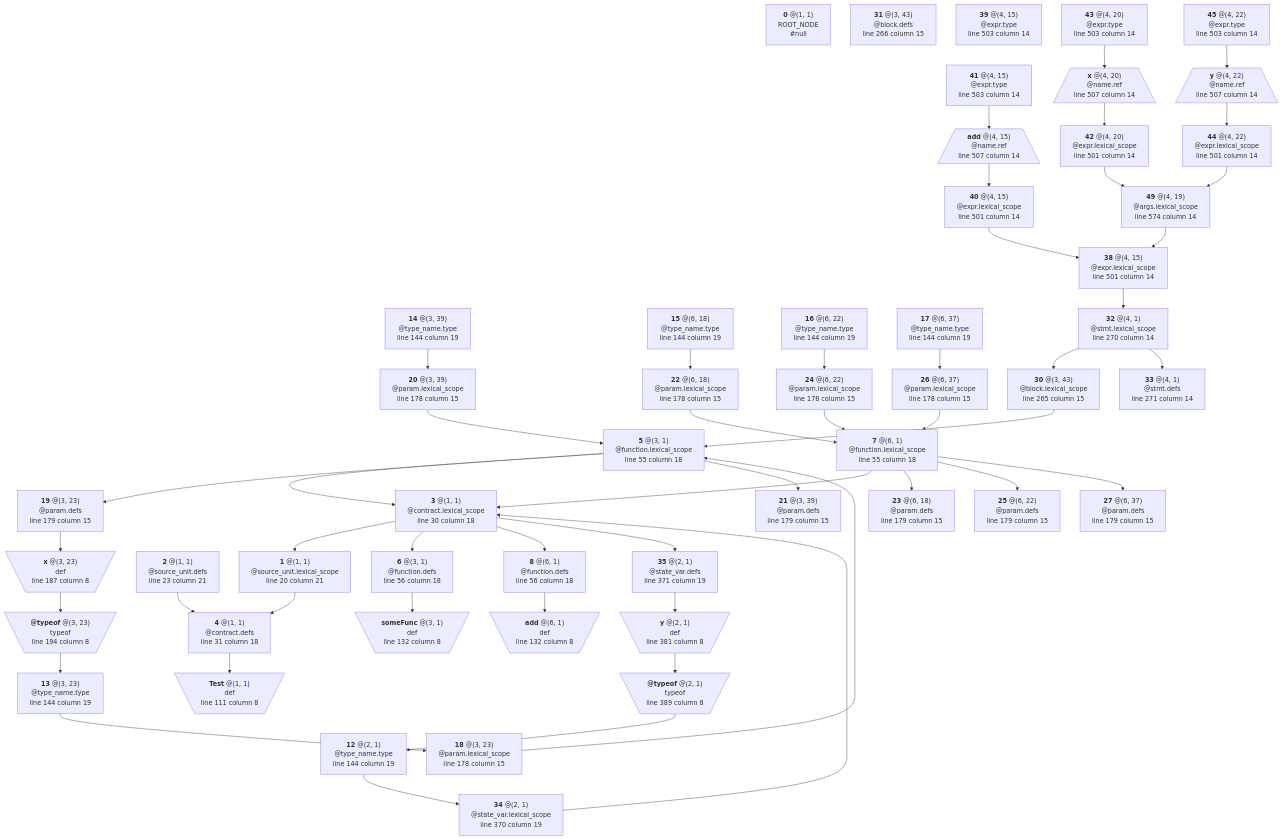
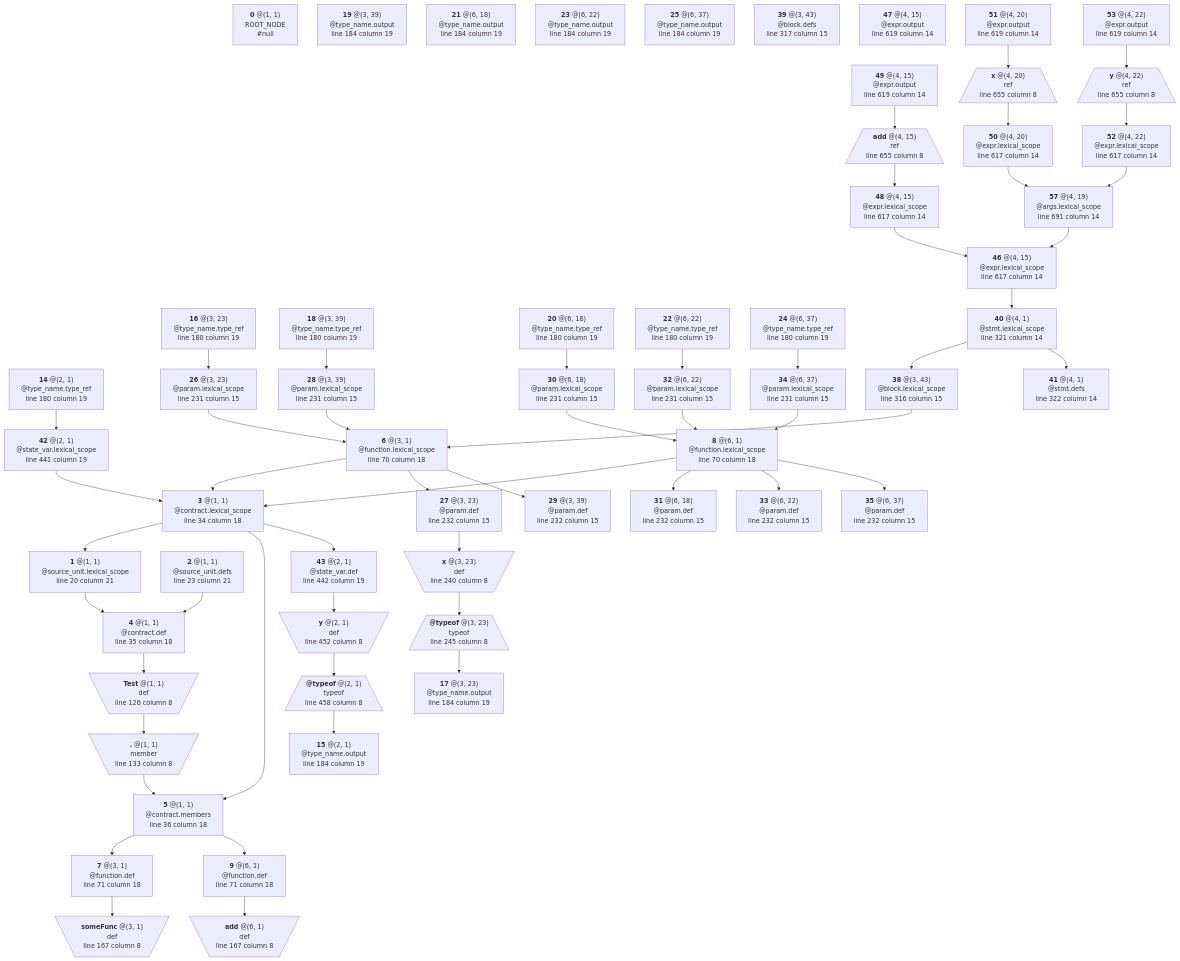
The diagram in crates/solidity/testing/snapshots/bindings_output/expressions/funcalls/generated/0.5.0.mmd (manastech/slang), drawn with Mermaid before and after one commit. The commit also changed 39 other files, not shown here.

First line of the commit message:
Bindings for structs and refactor contract/libs/ifaces members rules

```diff
--- a/crates/solidity/testing/snapshots/bindings_output/expressions/funcalls/generated/0.5.0.mmd
+++ b/crates/solidity/testing/snapshots/bindings_output/expressions/funcalls/generated/0.5.0.mmd
@@ -14,188 +14,215 @@
 	N2 --> N4
 	N3["`**3** @(1, 1)
 @contract.lexical_scope
-line 30 column 18`"]
+line 34 column 18`"]
 	N3 --> N1
-	N3 --> N6
-	N3 --> N8
-	N3 --> N35
+	N3 --> N5
+	N3 --> N43
 	N4["`**4** @(1, 1)
-@contract.defs
-line 31 column 18`"]
-	N4 --> N9
-	N5["`**5** @(3, 1)
+@contract.def
+line 35 column 18`"]
+	N4 --> N10
+	N5["`**5** @(1, 1)
+@contract.members
+line 36 column 18`"]
+	N5 --> N7
+	N5 --> N9
+	N6["`**6** @(3, 1)
 @function.lexical_scope
-line 55 column 18`"]
-	N5 --> N3
-	N5 --> N19
-	N5 --> N21
-	N6["`**6** @(3, 1)
-@function.defs
-line 56 column 18`"]
-	N6 --> N10
-	N7["`**7** @(6, 1)
+line 70 column 18`"]
+	N6 --> N3
+	N6 --> N27
+	N6 --> N29
+	N7["`**7** @(3, 1)
+@function.def
+line 71 column 18`"]
+	N7 --> N12
+	N8["`**8** @(6, 1)
 @function.lexical_scope
-line 55 column 18`"]
-	N7 --> N3
-	N7 --> N23
-	N7 --> N25
-	N7 --> N27
-	N8["`**8** @(6, 1)
-@function.defs
-line 56 column 18`"]
-	N8 --> N11
-	N9[\"`**Test** @(1, 1)
+line 70 column 18`"]
+	N8 --> N3
+	N8 --> N31
+	N8 --> N33
+	N8 --> N35
+	N9["`**9** @(6, 1)
+@function.def
+line 71 column 18`"]
+	N9 --> N13
+	N10[\"`**Test** @(1, 1)
 def
-line 111 column 8`"/]
-	N10[\"`**someFunc** @(3, 1)
+line 126 column 8`"/]
+	N10 --> N11
+	N11[\"`**.** @(1, 1)
+member
+line 133 column 8`"/]
+	N11 --> N5
+	N12[\"`**someFunc** @(3, 1)
 def
-line 132 column 8`"/]
-	N11[\"`**add** @(6, 1)
+line 167 column 8`"/]
+	N13[\"`**add** @(6, 1)
 def
-line 132 column 8`"/]
-	N12["`**12** @(2, 1)
-@type_name.type
-line 144 column 19`"]
-	N12 --> N34
-	N13["`**13** @(3, 23)
-@type_name.type
-line 144 column 19`"]
-	N13 --> N18
-	N14["`**14** @(3, 39)
-@type_name.type
-line 144 column 19`"]
-	N14 --> N20
-	N15["`**15** @(6, 18)
-@type_name.type
-line 144 column 19`"]
-	N15 --> N22
-	N16["`**16** @(6, 22)
-@type_name.type
-line 144 column 19`"]
-	N16 --> N24
-	N17["`**17** @(6, 37)
-@type_name.type
-line 144 column 19`"]
-	N17 --> N26
-	N18["`**18** @(3, 23)
+line 167 column 8`"/]
+	N14["`**14** @(2, 1)
+@type_name.type_ref
+line 180 column 19`"]
+	N14 --> N42
+	N15["`**15** @(2, 1)
+@type_name.output
+line 184 column 19`"]
+	N16["`**16** @(3, 23)
+@type_name.type_ref
+line 180 column 19`"]
+	N16 --> N26
+	N17["`**17** @(3, 23)
+@type_name.output
+line 184 column 19`"]
+	N18["`**18** @(3, 39)
+@type_name.type_ref
+line 180 column 19`"]
+	N18 --> N28
+	N19["`**19** @(3, 39)
+@type_name.output
+line 184 column 19`"]
+	N20["`**20** @(6, 18)
+@type_name.type_ref
+line 180 column 19`"]
+	N20 --> N30
+	N21["`**21** @(6, 18)
+@type_name.output
+line 184 column 19`"]
+	N22["`**22** @(6, 22)
+@type_name.type_ref
+line 180 column 19`"]
+	N22 --> N32
+	N23["`**23** @(6, 22)
+@type_name.output
+line 184 column 19`"]
+	N24["`**24** @(6, 37)
+@type_name.type_ref
+line 180 column 19`"]
+	N24 --> N34
+	N25["`**25** @(6, 37)
+@type_name.output
+line 184 column 19`"]
+	N26["`**26** @(3, 23)
 @param.lexical_scope
-line 178 column 15`"]
-	N18 --> N5
-	N19["`**19** @(3, 23)
-@param.defs
-line 179 column 15`"]
-	N19 --> N28
-	N20["`**20** @(3, 39)
+line 231 column 15`"]
+	N26 --> N6
+	N27["`**27** @(3, 23)
+@param.def
+line 232 column 15`"]
+	N27 --> N36
+	N28["`**28** @(3, 39)
 @param.lexical_scope
-line 178 column 15`"]
-	N20 --> N5
-	N21["`**21** @(3, 39)
-@param.defs
-line 179 column 15`"]
-	N22["`**22** @(6, 18)
+line 231 column 15`"]
+	N28 --> N6
+	N29["`**29** @(3, 39)
+@param.def
+line 232 column 15`"]
+	N30["`**30** @(6, 18)
 @param.lexical_scope
-line 178 column 15`"]
-	N22 --> N7
-	N23["`**23** @(6, 18)
-@param.defs
-line 179 column 15`"]
-	N24["`**24** @(6, 22)
+line 231 column 15`"]
+	N30 --> N8
+	N31["`**31** @(6, 18)
+@param.def
+line 232 column 15`"]
+	N32["`**32** @(6, 22)
 @param.lexical_scope
-line 178 column 15`"]
-	N24 --> N7
-	N25["`**25** @(6, 22)
-@param.defs
-line 179 column 15`"]
-	N26["`**26** @(6, 37)
+line 231 column 15`"]
+	N32 --> N8
+	N33["`**33** @(6, 22)
+@param.def
+line 232 column 15`"]
+	N34["`**34** @(6, 37)
 @param.lexical_scope
-line 178 column 15`"]
-	N26 --> N7
-	N27["`**27** @(6, 37)
-@param.defs
-line 179 column 15`"]
-	N28[\"`**x** @(3, 23)
+line 231 column 15`"]
+	N34 --> N8
+	N35["`**35** @(6, 37)
+@param.def
+line 232 column 15`"]
+	N36[\"`**x** @(3, 23)
 def
-line 187 column 8`"/]
-	N28 --> N29
-	N29[\"`**@typeof** @(3, 23)
+line 240 column 8`"/]
+	N36 --> N37
+	N37[/"`**@typeof** @(3, 23)
 typeof
-line 194 column 8`"/]
-	N29 --> N13
-	N30["`**30** @(3, 43)
+line 245 column 8`"\]
+	N37 --> N17
+	N38["`**38** @(3, 43)
 @block.lexical_scope
-line 265 column 15`"]
-	N30 --> N5
-	N31["`**31** @(3, 43)
+line 316 column 15`"]
+	N38 --> N6
+	N39["`**39** @(3, 43)
 @block.defs
-line 266 column 15`"]
-	N32["`**32** @(4, 1)
+line 317 column 15`"]
+	N40["`**40** @(4, 1)
 @stmt.lexical_scope
-line 270 column 14`"]
-	N32 --> N30
-	N32 --> N33
-	N33["`**33** @(4, 1)
+line 321 column 14`"]
+	N40 --> N38
+	N40 --> N41
+	N41["`**41** @(4, 1)
 @stmt.defs
-line 271 column 14`"]
-	N34["`**34** @(2, 1)
+line 322 column 14`"]
+	N42["`**42** @(2, 1)
 @state_var.lexical_scope
-line 370 column 19`"]
-	N34 --> N3
-	N35["`**35** @(2, 1)
-@state_var.defs
-line 371 column 19`"]
-	N35 --> N36
-	N36[\"`**y** @(2, 1)
+line 441 column 19`"]
+	N42 --> N3
+	N43["`**43** @(2, 1)
+@state_var.def
+line 442 column 19`"]
+	N43 --> N44
+	N44[\"`**y** @(2, 1)
 def
-line 381 column 8`"/]
-	N36 --> N37
-	N37[\"`**@typeof** @(2, 1)
+line 452 column 8`"/]
+	N44 --> N45
+	N45[/"`**@typeof** @(2, 1)
 typeof
-line 389 column 8`"/]
-	N37 --> N12
-	N38["`**38** @(4, 15)
+line 458 column 8`"\]
+	N45 --> N15
+	N46["`**46** @(4, 15)
 @expr.lexical_scope
-line 501 column 14`"]
-	N38 --> N32
-	N39["`**39** @(4, 15)
-@expr.type
-line 503 column 14`"]
-	N40["`**40** @(4, 15)
+line 617 column 14`"]
+	N46 --> N40
+	N47["`**47** @(4, 15)
+@expr.output
+line 619 column 14`"]
+	N48["`**48** @(4, 15)
 @expr.lexical_scope
-line 501 column 14`"]
-	N40 --> N38
-	N41["`**41** @(4, 15)
-@expr.type
-line 503 column 14`"]
-	N41 --> N46
-	N42["`**42** @(4, 20)
+line 617 column 14`"]
+	N48 --> N46
+	N49["`**49** @(4, 15)
+@expr.output
+line 619 column 14`"]
+	N49 --> N54
+	N50["`**50** @(4, 20)
 @expr.lexical_scope
-line 501 column 14`"]
-	N42 --> N49
-	N43["`**43** @(4, 20)
-@expr.type
-line 503 column 14`"]
-	N43 --> N47
-	N44["`**44** @(4, 22)
+line 617 column 14`"]
+	N50 --> N57
+	N51["`**51** @(4, 20)
+@expr.output
+line 619 column 14`"]
+	N51 --> N55
+	N52["`**52** @(4, 22)
 @expr.lexical_scope
-line 501 column 14`"]
-	N44 --> N49
-	N45["`**45** @(4, 22)
-@expr.type
-line 503 column 14`"]
-	N45 --> N48
-	N46[/"`**add** @(4, 15)
-@name.ref
-line 507 column 14`"\]
-	N46 --> N40
-	N47[/"`**x** @(4, 20)
-@name.ref
-line 507 column 14`"\]
-	N47 --> N42
-	N48[/"`**y** @(4, 22)
-@name.ref
-line 507 column 14`"\]
-	N48 --> N44
-	N49["`**49** @(4, 19)
+line 617 column 14`"]
+	N52 --> N57
+	N53["`**53** @(4, 22)
+@expr.output
+line 619 column 14`"]
+	N53 --> N56
+	N54[/"`**add** @(4, 15)
+ref
+line 655 column 8`"\]
+	N54 --> N48
+	N55[/"`**x** @(4, 20)
+ref
+line 655 column 8`"\]
+	N55 --> N50
+	N56[/"`**y** @(4, 22)
+ref
+line 655 column 8`"\]
+	N56 --> N52
+	N57["`**57** @(4, 19)
 @args.lexical_scope
-line 574 column 14`"]
-	N49 --> N38
+line 691 column 14`"]
+	N57 --> N46
```
